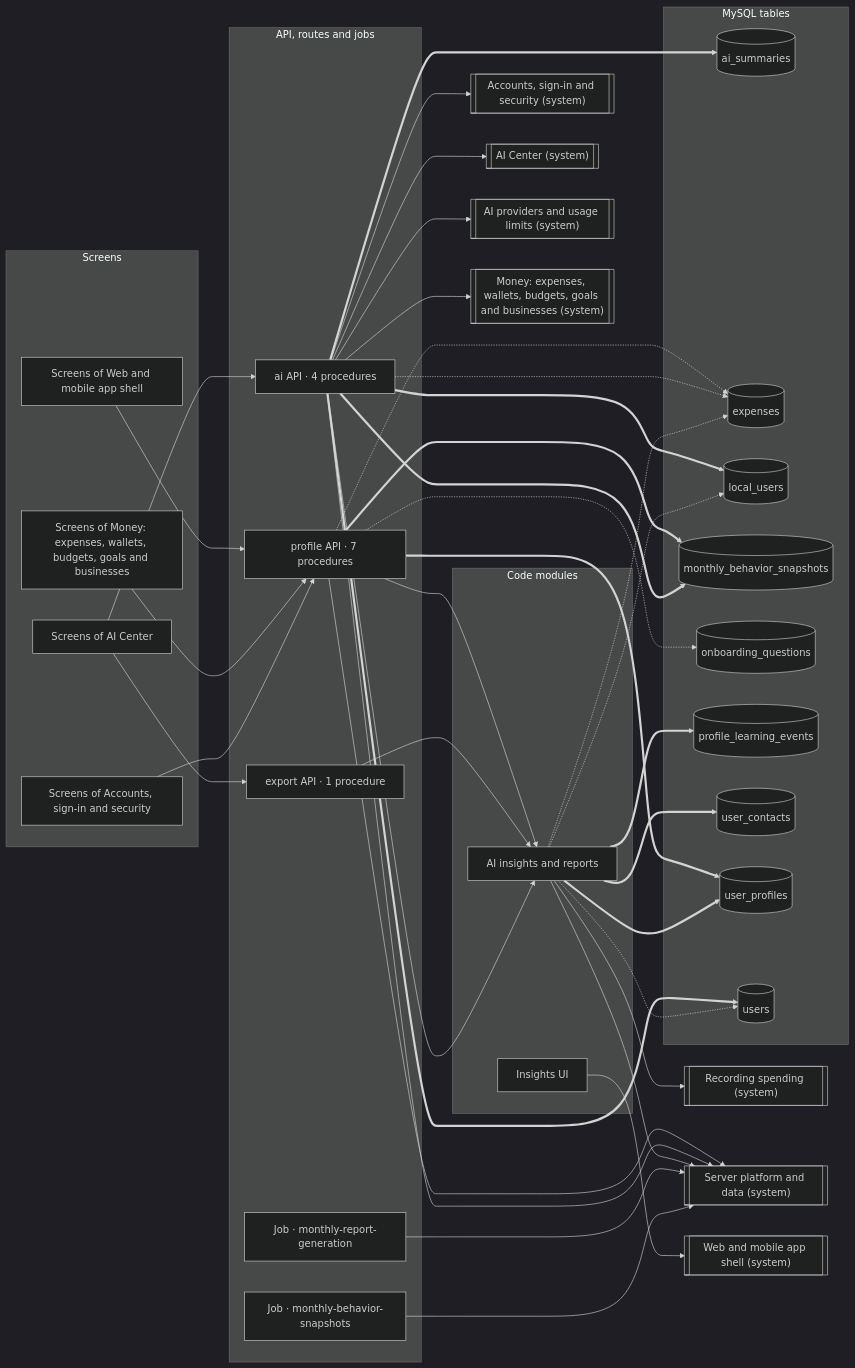
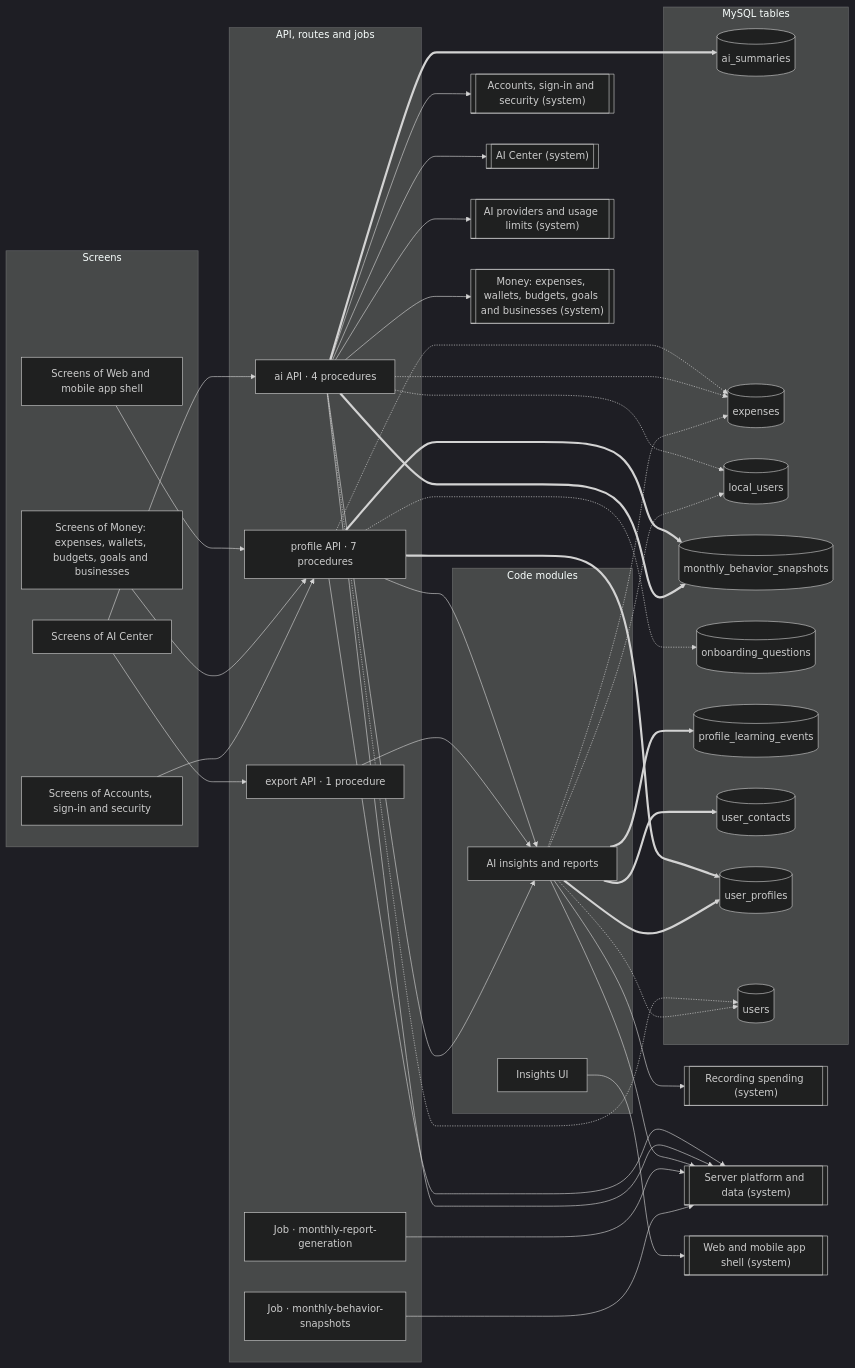
The diagram in docs/atlas/systems/insights.md (mahmoudtaherr111/smartspend_mini_all), drawn with Mermaid (dark theme) before and after one commit. The commit also changed other lines of this file and 27 other files, not shown here.

````diff
--- a/docs/atlas/systems/insights.md
+++ b/docs/atlas/systems/insights.md
@@ -13,72 +13,72 @@
 ```mermaid
 flowchart LR
   subgraph g_screens["Screens"]
     screens_accounts["Screens of Accounts, sign-in and security"]
     screens_ai_center["Screens of AI Center"]
     screens_money["Screens of Money: expenses, wallets, budgets, goals and businesses"]
     screens_web_app["Screens of Web and mobile app shell"]
   end
   subgraph g_api["API, routes and jobs"]
     job_monthly_behavior_snapshots["Job · monthly-behavior-snapshots"]
     job_monthly_report_generation["Job · monthly-report-generation"]
     router_ai["ai API · 4 procedures"]
     router_export["export API · 1 procedure"]
     router_profile["profile API · 7 procedures"]
   end
   subgraph g_modules["Code modules"]
     mod_ai_insights["AI insights and reports"]
     mod_web_insights["Insights UI"]
   end
   subgraph g_tables["MySQL tables"]
     tbl_ai_summaries[("ai_summaries")]
     tbl_expenses[("expenses")]
     tbl_local_users[("local_users")]
     tbl_monthly_behavior_snapshots[("monthly_behavior_snapshots")]
     tbl_onboarding_questions[("onboarding_questions")]
     tbl_profile_learning_events[("profile_learning_events")]
     tbl_user_contacts[("user_contacts")]
     tbl_user_profiles[("user_profiles")]
     tbl_users[("users")]
   end
   sys_accounts[["Accounts, sign-in and security (system)"]]
   sys_ai_center[["AI Center (system)"]]
   sys_ai_platform[["AI providers and usage limits (system)"]]
   sys_expense_capture[["Recording spending (system)"]]
   sys_money[["Money: expenses, wallets, budgets, goals and businesses (system)"]]
   sys_platform[["Server platform and data (system)"]]
   sys_web_app[["Web and mobile app shell (system)"]]
   job_monthly_behavior_snapshots --> sys_platform
   job_monthly_report_generation --> sys_platform
   mod_ai_insights --> sys_expense_capture
   mod_ai_insights --> sys_platform
   mod_ai_insights -.-> tbl_expenses
   mod_ai_insights -.-> tbl_local_users
   mod_ai_insights -.-> tbl_users
   mod_ai_insights ==> tbl_profile_learning_events
   mod_ai_insights ==> tbl_user_contacts
   mod_ai_insights ==> tbl_user_profiles
   mod_web_insights --> sys_web_app
   router_ai --> mod_ai_insights
   router_ai --> sys_accounts
   router_ai --> sys_ai_center
   router_ai --> sys_ai_platform
   router_ai --> sys_money
   router_ai --> sys_platform
   router_ai -.-> tbl_expenses
+  router_ai -.-> tbl_local_users
+  router_ai -.-> tbl_users
   router_ai ==> tbl_ai_summaries
-  router_ai ==> tbl_local_users
   router_ai ==> tbl_monthly_behavior_snapshots
-  router_ai ==> tbl_users
   router_export --> mod_ai_insights
   router_profile --> mod_ai_insights
   router_profile --> sys_platform
   router_profile -.-> tbl_expenses
   router_profile -.-> tbl_onboarding_questions
   router_profile ==> tbl_monthly_behavior_snapshots
   router_profile ==> tbl_user_profiles
   screens_accounts --> router_profile
   screens_ai_center --> router_ai
   screens_ai_center --> router_export
   screens_money --> router_profile
   screens_web_app --> router_profile
 ```
````
